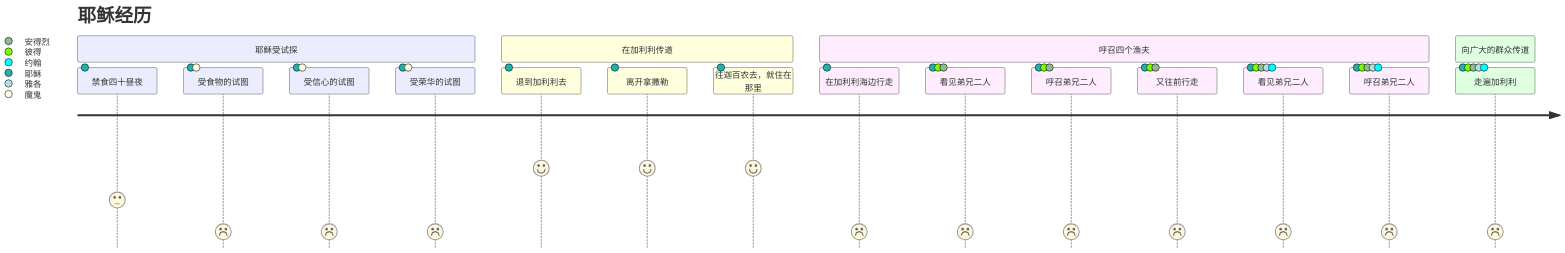
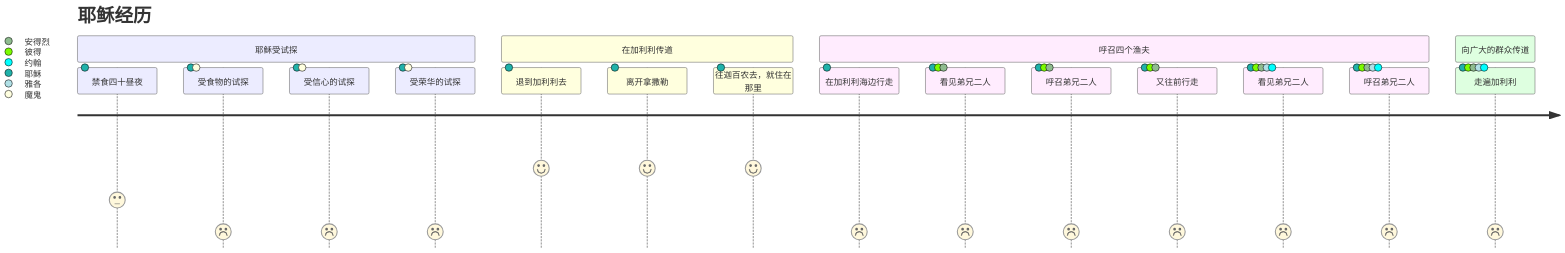
Before and after one commit to whysolution/bible_reading: the third of 3 diagrams in Matthew.md, drawn with Mermaid. The commit also changed other lines of this file and 1 other file, not shown here.

````diff
--- a/Matthew.md
+++ b/Matthew.md
@@ -180,22 +180,22 @@
 ```mermaid
 journey
     title 耶稣经历
     section 耶稣受试探
       禁食四十昼夜: 3: 耶稣
-      受食物的试图: 1: 耶稣, 魔鬼
-      受信心的试图: 1: 耶稣, 魔鬼
-      受荣华的试图: 1: 耶稣, 魔鬼
+      受食物的试探: 1: 耶稣, 魔鬼
+      受信心的试探: 1: 耶稣, 魔鬼
+      受荣华的试探: 1: 耶稣, 魔鬼
     section 在加利利传道
       退到加利利去: 5: 耶稣
       离开拿撒勒: 5: 耶稣
       往迦百农去，就住在那里: 5: 耶稣
     section 呼召四个渔夫
       在加利利海边行走: 1: 耶稣
       看见弟兄二人: 1: 耶稣, 彼得, 安得烈
       呼召弟兄二人: 1: 耶稣, 彼得, 安得烈
       又往前行走: 1: 耶稣, 彼得, 安得烈
       看见弟兄二人: 1: 耶稣, 彼得, 安得烈, 雅各, 约翰
       呼召弟兄二人: 1: 耶稣, 彼得, 安得烈, 雅各, 约翰
     section 向广大的群众传道
       走遍加利利: 1: 耶稣, 彼得, 安得烈, 雅各, 约翰
 ```
````
